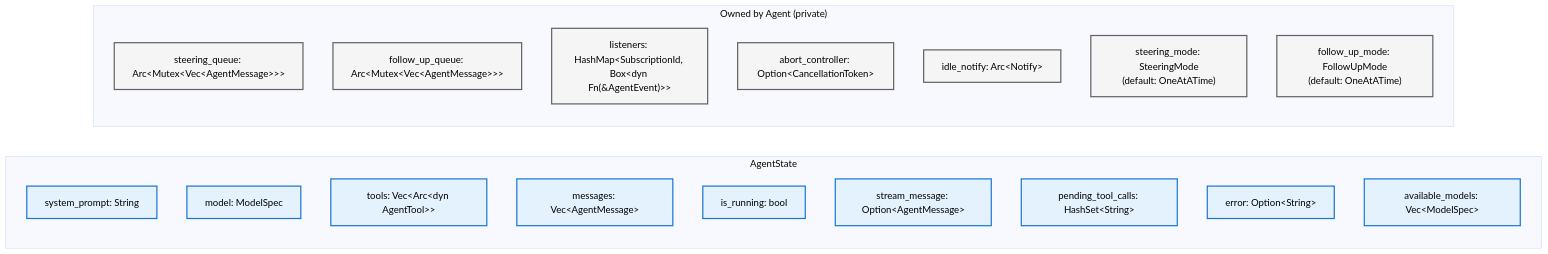
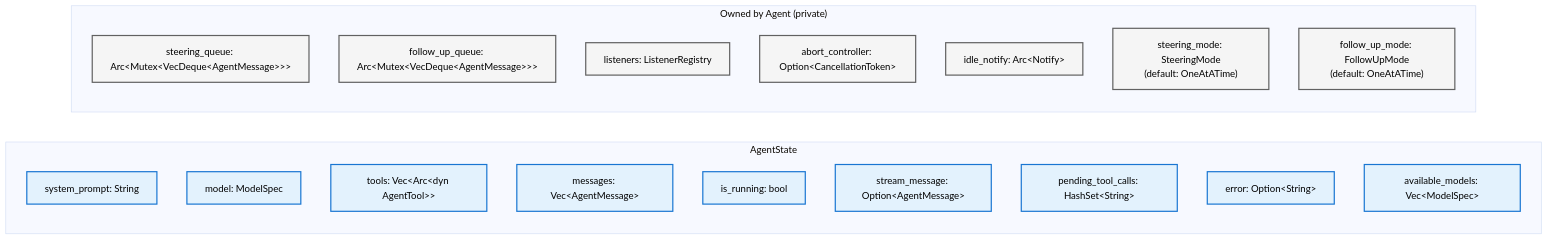
The second of 4 diagrams in docs/architecture/agent/README.md (SuperSwinkAI/Swink-Agent), drawn with Mermaid (base theme) before and after one commit. The commit also changed other lines of this file and 21 other files, not shown here.

````diff
--- a/docs/architecture/agent/README.md
+++ b/docs/architecture/agent/README.md
@@ -55,30 +55,30 @@
 ```mermaid
 flowchart LR
     subgraph AgentState["AgentState"]
         SP["system_prompt: String"]
         Model["model: ModelSpec"]
         Tools["tools: Vec&lt;Arc&lt;dyn AgentTool&gt;&gt;"]
         Messages["messages: Vec&lt;AgentMessage&gt;"]
         Running["is_running: bool"]
         StreamMsg["stream_message: Option&lt;AgentMessage&gt;"]
         PendingTools["pending_tool_calls: HashSet&lt;String&gt;"]
         Error["error: Option&lt;String&gt;"]
         AvailModels["available_models: Vec&lt;ModelSpec&gt;"]
     end
 
     subgraph Owned["Owned by Agent (private)"]
-        SteerQ["steering_queue: Arc&lt;Mutex&lt;Vec&lt;AgentMessage&gt;&gt;&gt;"]
-        FollowQ["follow_up_queue: Arc&lt;Mutex&lt;Vec&lt;AgentMessage&gt;&gt;&gt;"]
-        Listeners["listeners: HashMap&lt;SubscriptionId, Box&lt;dyn Fn(&AgentEvent)&gt;&gt;"]
+        SteerQ["steering_queue: Arc&lt;Mutex&lt;VecDeque&lt;AgentMessage&gt;&gt;&gt;"]
+        FollowQ["follow_up_queue: Arc&lt;Mutex&lt;VecDeque&lt;AgentMessage&gt;&gt;&gt;"]
+        Listeners["listeners: ListenerRegistry"]
         Cancel["abort_controller: Option&lt;CancellationToken&gt;"]
         IdleNotify["idle_notify: Arc&lt;Notify&gt;"]
         StreamMode["steering_mode: SteeringMode<br/>(default: OneAtATime)"]
         FollowMode["follow_up_mode: FollowUpMode<br/>(default: OneAtATime)"]
     end
 
     classDef stateStyle fill:#e3f2fd,stroke:#1976d2,stroke-width:2px,color:#000
     classDef ownedStyle fill:#f5f5f5,stroke:#616161,stroke-width:2px,color:#000
 
     class SP,Model,Tools,Messages,Running,StreamMsg,PendingTools,Error,AvailModels stateStyle
     class SteerQ,FollowQ,Listeners,Cancel,IdleNotify,StreamMode,FollowMode ownedStyle
 ```
````
